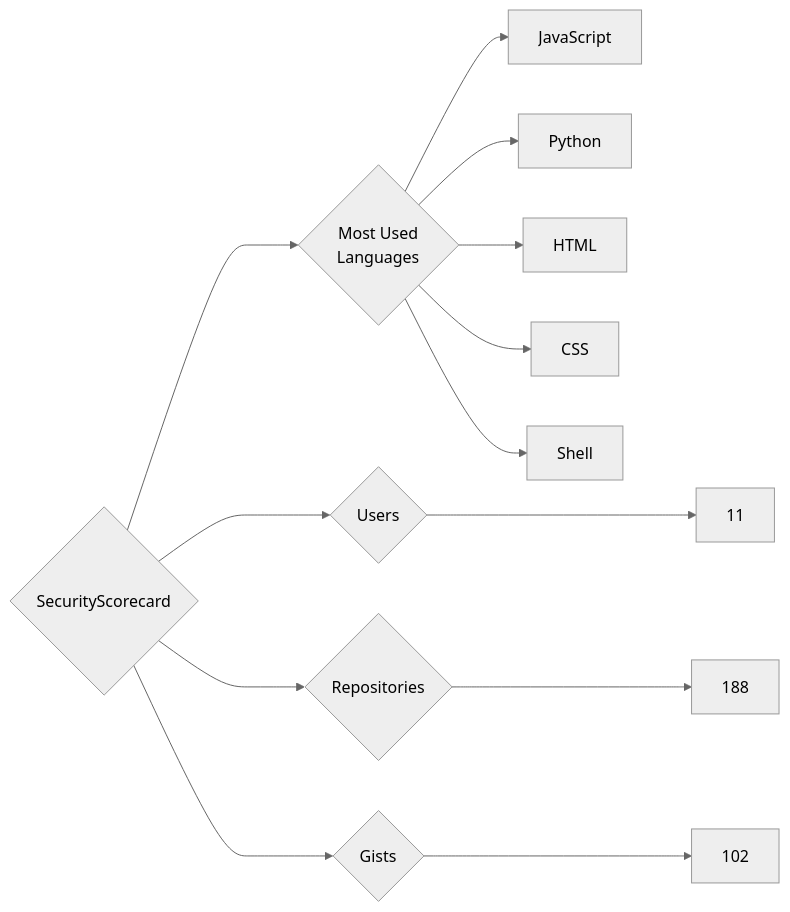
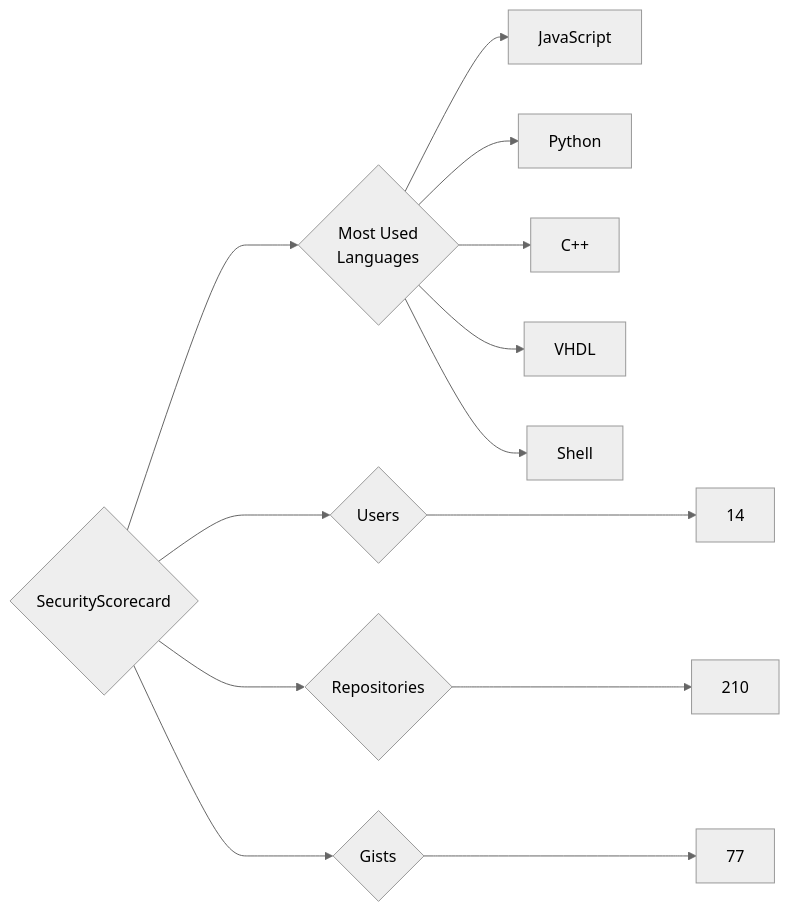
The diagram in targets/SecurityScorecard/README.md (trickest/insiders), drawn with Mermaid (neutral theme) before and after one commit. The commit also changed 1696 other files, not shown here.

````diff
--- a/targets/SecurityScorecard/README.md
+++ b/targets/SecurityScorecard/README.md
@@ -3,13 +3,13 @@
 ```mermaid
 graph LR
 COMPANY_NAME{SecurityScorecard}
-COMPANY_NAME ---> U{Users} ---> UN[11]
-COMPANY_NAME ---> R{Repositories} ---> RN[188]
-COMPANY_NAME ---> G{Gists} ---> GN[102]
+COMPANY_NAME ---> U{Users} ---> UN[14]
+COMPANY_NAME ---> R{Repositories} ---> RN[210]
+COMPANY_NAME ---> G{Gists} ---> GN[77]
 COMPANY_NAME ---> ML{Most Used<br>Languages}
 ML --> JavaScript[JavaScript]
 ML --> Python[Python]
-ML --> HTML[HTML]
-ML --> CSS[CSS]
+ML --> C++[C++]
+ML --> VHDL[VHDL]
 ML --> Shell[Shell]
 ```
````
